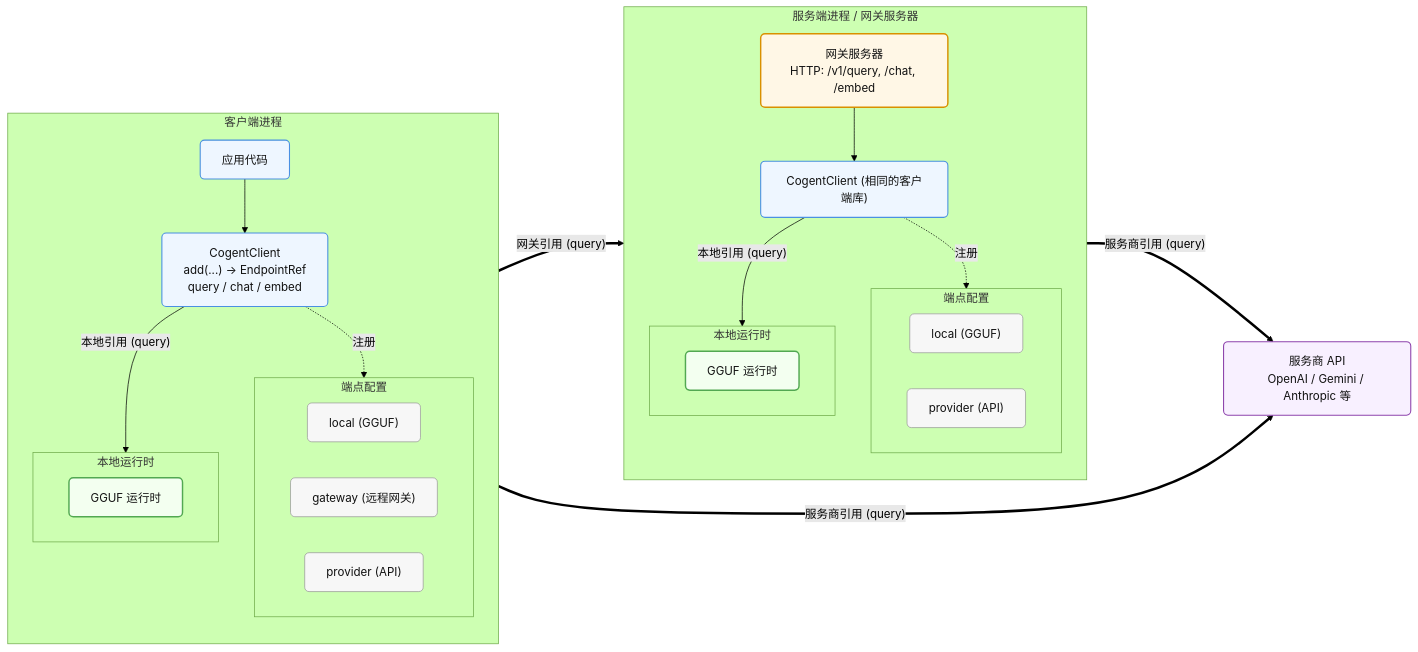
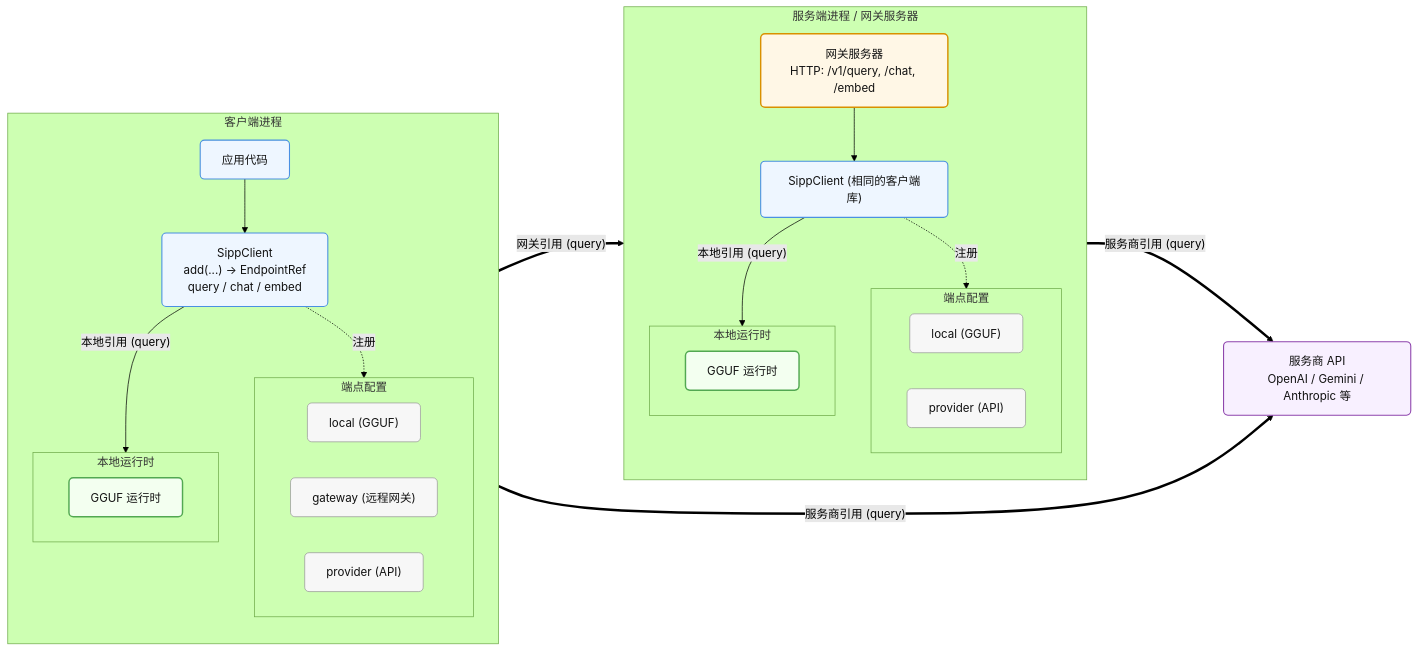
One commit to noumena-labs/Sipp changed the diagram in docs_zh/api/README.md. Above: the diagram before and after it, drawn with Mermaid (forest theme). The commit also changed other lines of this file and 769 other files, not shown here.

````diff
--- a/docs_zh/api/README.md
+++ b/docs_zh/api/README.md
@@ -240,63 +240,63 @@
 ```mermaid
 flowchart LR
     classDef client_node fill:#eef6ff,stroke:#4a90e2,stroke-width:1.5px,color:#111,rx:6,ry:6;
     classDef setup_node fill:#f7f7f7,stroke:#999,stroke-width:1px,color:#111,rx:6,ry:6;
     classDef runtime_node fill:#f3fff0,stroke:#52a852,stroke-width:2px,color:#111,rx:6,ry:6;
     classDef gateway_node fill:#fff7e6,stroke:#d99000,stroke-width:2px,color:#111,rx:6,ry:6;
     classDef provider_node fill:#f8f0ff,stroke:#8e44ad,stroke-width:1.5px,color:#111,rx:6,ry:6;
 
     subgraph CLIENT["客户端进程"]
         direction TB
         CApp["应用代码"]:::client_node
-        CClient["CogentClient<br/>add(...) -> EndpointRef<br/>query / chat / embed"]:::client_node
+        CClient["SippClient<br/>add(...) -> EndpointRef<br/>query / chat / embed"]:::client_node
         CApp --> CClient
 
         subgraph CSetup["端点配置"]
             direction LR
             CLocalEP["local (GGUF)"]:::setup_node
             CGatewayEP["gateway (远程网关)"]:::setup_node
             CProviderEP["provider (API)"]:::setup_node
         end
         CClient -. "注册" .-> CSetup
 
         subgraph CLocalRuntime["本地运行时"]
             direction LR
             CLocalRun["GGUF 运行时"]:::runtime_node
         end
 
         CClient -- "本地引用 (query)" --> CLocalRun
     end
 
     subgraph SERVER["服务端进程 / 网关服务器"]
         direction TB
         SGateway["网关服务器<br/>HTTP: /v1/query, /chat, /embed"]:::gateway_node
-        SClient["CogentClient (相同的客户端库)"]:::client_node
+        SClient["SippClient (相同的客户端库)"]:::client_node
         SGateway --> SClient
 
         subgraph SSetup["端点配置"]
             direction LR
             SLocalEP["local (GGUF)"]:::setup_node
             SProviderEP["provider (API)"]:::setup_node
         end
         SClient -. "注册" .-> SSetup
 
         subgraph SLocalRuntime["本地运行时"]
             direction LR
             SLocalRun["GGUF 运行时"]:::runtime_node
         end
 
         SClient -- "本地引用 (query)" --> SLocalRun
     end
 
     Providers["服务商 API<br/>OpenAI / Gemini / Anthropic 等"]:::provider_node
 
     CClient == "网关引用 (query)" ==> SGateway
     CClient == "服务商引用 (query)" ==> Providers
     SClient == "服务商引用 (query)" ==> Providers
 
     class CApp,CClient client_node;
     class CLocalEP,CGatewayEP,CProviderEP,SLocalEP,SProviderEP setup_node;
     class CLocalRun,SLocalRun runtime_node;
     class SGateway gateway_node;
     class Providers provider_node;
 ```
````
